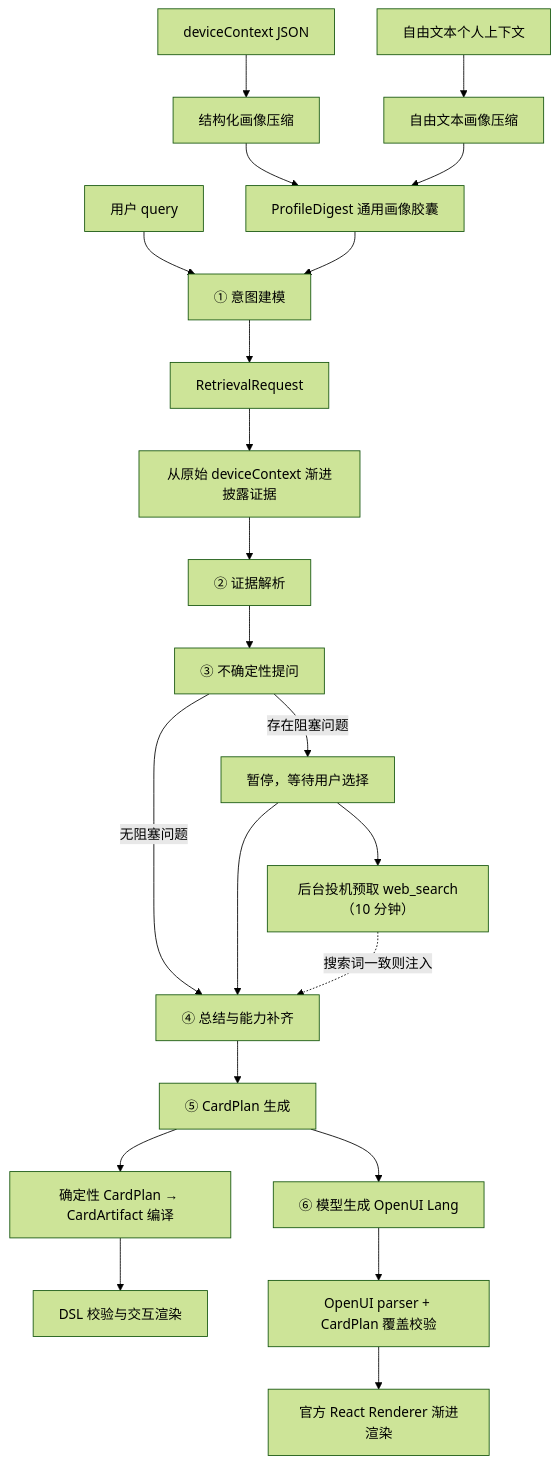
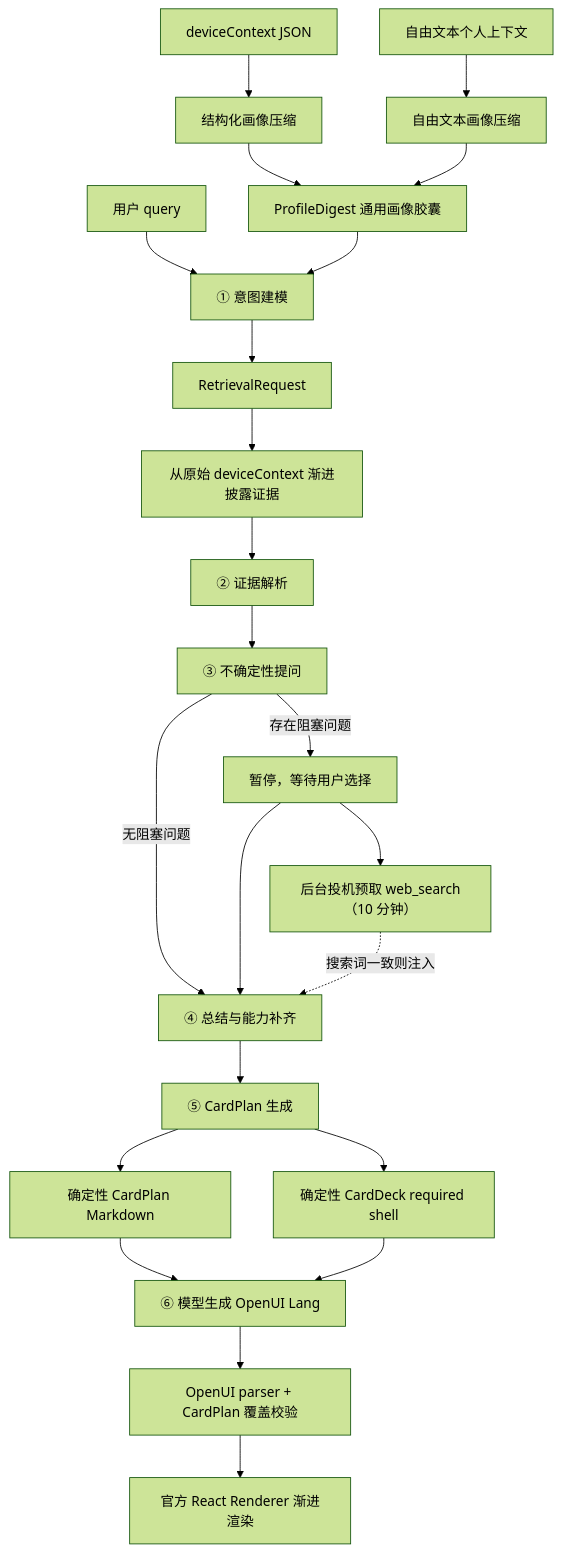
Before and after one commit to sxd722/cot-genui: the diagram in docs/CURRENT-PIPELINE.md, drawn with Mermaid (forest theme). The commit also changed other lines of this file and 41 other files, not shown here.

Commit message:
Optimize OpenUI CardPlan pipeline and model providers

````diff
--- a/docs/CURRENT-PIPELINE.md
+++ b/docs/CURRENT-PIPELINE.md
@@ -34,31 +34,31 @@
 ```mermaid
 flowchart TD
   Q["用户 query"]
   J["deviceContext JSON"]
   F["自由文本个人上下文"]
 
   J --> P1["结构化画像压缩"]
   F --> P2["自由文本画像压缩"]
   P1 --> PD["ProfileDigest 通用画像胶囊"]
   P2 --> PD
 
   Q --> S1["① 意图建模"]
   PD --> S1
   S1 --> R["RetrievalRequest"]
   R --> RET["从原始 deviceContext 渐进披露证据"]
   RET --> S2["② 证据解析"]
   S2 --> S3["③ 不确定性提问"]
   S3 -->|"无阻塞问题"| S4["④ 总结与能力补齐"]
   S3 -->|"存在阻塞问题"| PAUSE["暂停，等待用户选择"]
   PAUSE --> PF["后台投机预取 web_search（10 分钟）"]
   PAUSE --> S4
   PF -. "搜索词一致则注入" .-> S4
   S4 --> CP["⑤ CardPlan 生成"]
 
-  CP --> DSL["确定性 CardPlan → CardArtifact 编译"]
-  DSL --> DV["DSL 校验与交互渲染"]
-
-  CP --> OUI["⑥ 模型生成 OpenUI Lang"]
+  CP --> MD["确定性 CardPlan Markdown"]
+  MD --> OUI["⑥ 模型生成 OpenUI Lang"]
+  CP --> SH["确定性 CardDeck required shell"]
+  SH --> OUI
   OUI --> OC["OpenUI parser + CardPlan 覆盖校验"]
   OC --> OV["官方 React Renderer 渐进渲染"]
 ```
````
